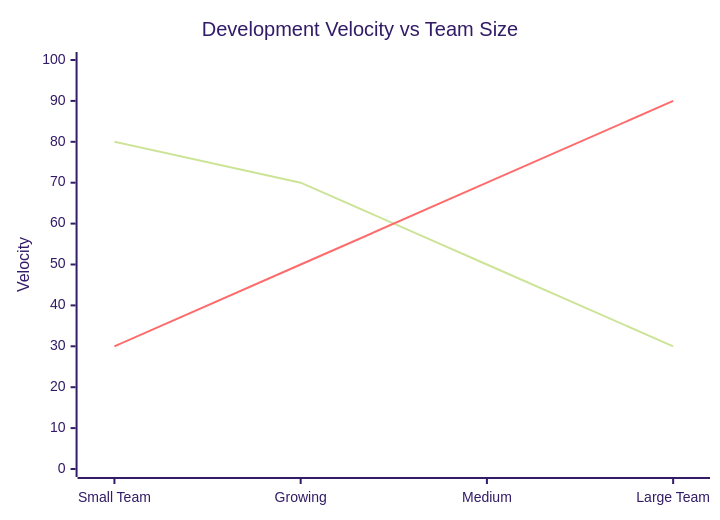
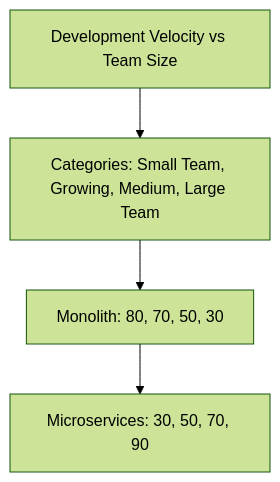
One commit to shivaram0583/system-design changed the fifth of 16 diagrams in 01-fundamentals/03-monolith-vs-microservices.md. Above: the diagram before and after it, drawn with Mermaid (forest theme). The commit also changed 64 other files, not shown here.

````diff
--- a/01-fundamentals/03-monolith-vs-microservices.md
+++ b/01-fundamentals/03-monolith-vs-microservices.md
@@ -187,8 +187,10 @@
 ```mermaid
-xychart-beta
-    title "Development Velocity vs Team Size"
-    x-axis ["Small Team", "Growing", "Medium", "Large Team"]
-    y-axis "Velocity" 0 --> 100
-    line "Monolith" [80, 70, 50, 30]
-    line "Microservices" [30, 50, 70, 90]
+flowchart TB
+    T["Development Velocity vs Team Size"]
+    C["Categories: Small Team, Growing, Medium, Large Team"]
+    T --> C
+    S0["Monolith: 80, 70, 50, 30"]
+    C --> S0
+    S1["Microservices: 30, 50, 70, 90"]
+    S0 --> S1
 ```
````
